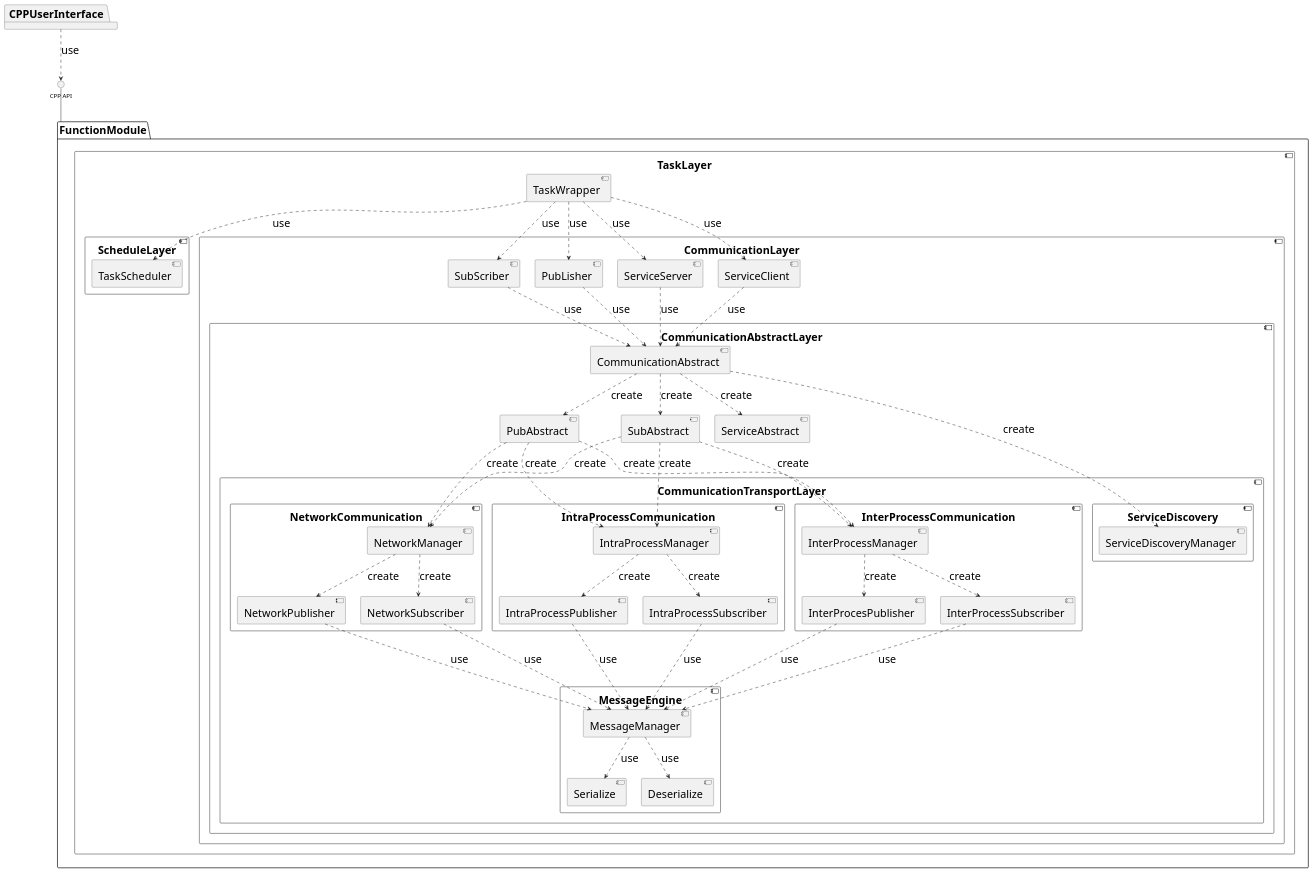
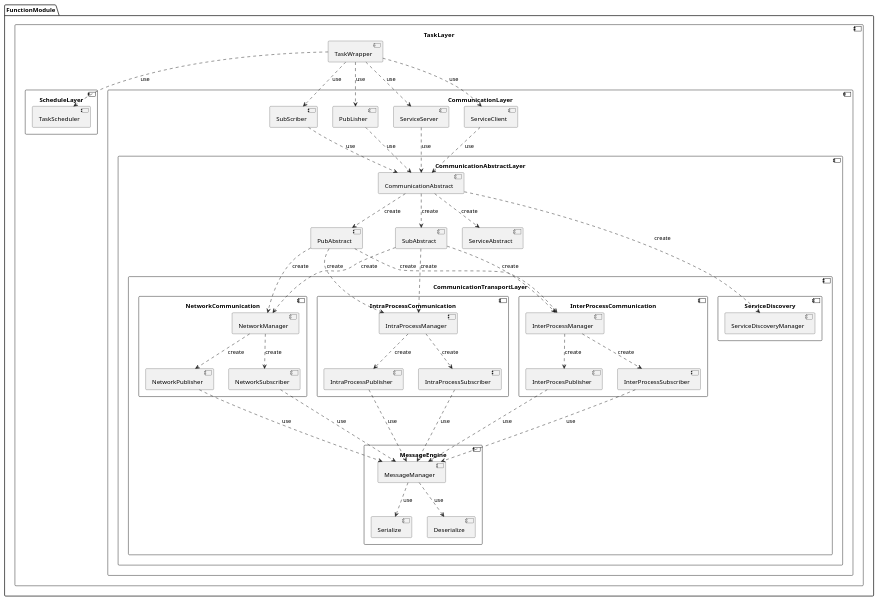
Before and after one commit to woshigerunze/new_paper: the diagram in uml/distributeModule.wsd, drawn with PlantUML. The commit also changed 8 other files, not shown here.

```diff
--- a/uml/distributeModule.wsd
+++ b/uml/distributeModule.wsd
@@ -1,121 +1,120 @@
 @startuml
-skinparam component{
-    FontSize 25
-    TitleFontSize 25
-    ArrowFontSize 25
-    InterfaceFontSize 25
-    CaptionFontSize 25
-    HeaderFontSize 25
-    LabelFontSize 25
-    DomainFontSize 25
-    PackageFontSize 25
-    ComponentFontSize 25
-    SequenceTitleFontSize 25
-    LabelFontSize 25
-    FolderFontSize 25
-    DomainFontSize 25
-}
-skinparam package{
-    FontSize 25
-    TitleFontSize 25
-    ArrowFontSize 25
-    InterfaceFontSize 25
-    CaptionFontSize 25
-    HeaderFontSize 25
-    LabelFontSize 25
-    DomainFontSize 25
-    PackageFontSize 25
-    ComponentFontSize 25
-    SequenceTitleFontSize 25
-    LabelFontSize 25
-    FolderFontSize 25
-    DomainFontSize 25
-}
-package CPPUserInterface
+' skinparam component{
+'     FontSize 25
+'     TitleFontSize 25
+'     ArrowFontSize 25
+'     InterfaceFontSize 25
+'     CaptionFontSize 25
+'     HeaderFontSize 25
+'     LabelFontSize 25
+'     DomainFontSize 25
+'     PackageFontSize 25
+'     ComponentFontSize 25
+'     SequenceTitleFontSize 25
+'     LabelFontSize 25
+'     FolderFontSize 25
+'     DomainFontSize 25
+' }
+' skinparam package{
+'     FontSize 25
+'     TitleFontSize 25
+'     ArrowFontSize 25
+'     InterfaceFontSize 25
+'     CaptionFontSize 25
+'     HeaderFontSize 25
+'     LabelFontSize 25
+'     DomainFontSize 25
+'     PackageFontSize 25
+'     ComponentFontSize 25
+'     SequenceTitleFontSize 25
+'     LabelFontSize 25
+'     FolderFontSize 25
+'     DomainFontSize 25
+' }
 package FunctionModule{
 component TaskLayer{
     [TaskWrapper]
     component ScheduleLayer{
         [TaskScheduler]
     }
     component CommunicationLayer{
         [SubScriber]
         [PubLisher]
         [ServiceServer]
         [ServiceClient]
         component CommunicationAbstractLayer{
             [CommunicationAbstract]
             [PubAbstract]
             [SubAbstract]
             [ServiceAbstract]
         component CommunicationTransportLayer{
             component NetworkCommunication{
                 [NetworkManager]
                 [NetworkPublisher]
                 [NetworkSubscriber]
             }
             component IntraProcessCommunication{
                 [IntraProcessManager]
                 [IntraProcessPublisher]
                 [IntraProcessSubscriber]
             }
             component InterProcessCommunication{
                 [InterProcessManager]
                 [InterProcesPublisher]
                 [InterProcessSubscriber]
             }
             component MessageEngine{
                 [MessageManager]
                 [Serialize]
                 [Deserialize]
             }
             component ServiceDiscovery{
                 [ServiceDiscoveryManager]
             }
         }
         }
     }
 }
 [TaskWrapper] ..> [TaskScheduler] : use
 [TaskWrapper] ..> [SubScriber] : use
 [TaskWrapper] ..> [PubLisher] : use
 [TaskWrapper] ..> [ServiceServer] : use
 [TaskWrapper] ..> [ServiceClient] : use
 
 [SubScriber] ..> [CommunicationAbstract] : use
 [PubLisher] ..> [CommunicationAbstract] : use
 [ServiceServer] ..> [CommunicationAbstract] : use
 [ServiceClient] ..> [CommunicationAbstract] : use
 
 [CommunicationAbstract] ..> [PubAbstract] : create
 [CommunicationAbstract] ..> [SubAbstract] : create
 [CommunicationAbstract] ..> [ServiceAbstract] : create
 [CommunicationAbstract] ..> [ServiceDiscoveryManager] : create
 
 [PubAbstract] ..> [NetworkManager] : create
 [PubAbstract] ..> [IntraProcessManager] : create
 [PubAbstract] ..> [InterProcessManager] : create
 
 [SubAbstract] ..> [NetworkManager] : create
 [SubAbstract] ..> [IntraProcessManager] : create
 [SubAbstract] ..> [InterProcessManager] : create
 
 [NetworkManager] ..> [NetworkPublisher] : create
 [NetworkManager] ..> [NetworkSubscriber] : create
 [IntraProcessManager] ..> [IntraProcessPublisher] : create
 [IntraProcessManager] ..> [IntraProcessSubscriber] : create
 [InterProcessManager] ..> [InterProcesPublisher] : create
 [InterProcessManager] ..> [InterProcessSubscriber] : create
 
 [NetworkPublisher] ..down-> [MessageManager] : use
 [NetworkSubscriber] ..down-> [MessageManager] : use
 [IntraProcessPublisher] ..down-> [MessageManager] : use
 [IntraProcessSubscriber] ..down-> [MessageManager] : use
 [InterProcesPublisher] ..down-> [MessageManager] : use
 [InterProcessSubscriber] ..down-> [MessageManager] : use
 [MessageManager] ..> [Deserialize] : use
 [MessageManager] ..> [Serialize] : use
 }
-FunctionModule -up-  () "CPP API"
-CPPUserInterface ..> () "CPP API" : use
+' FunctionModule -up-  () "CPP API"
+' CPPUserInterface ..> () "CPP API" : use
 @enduml
```
